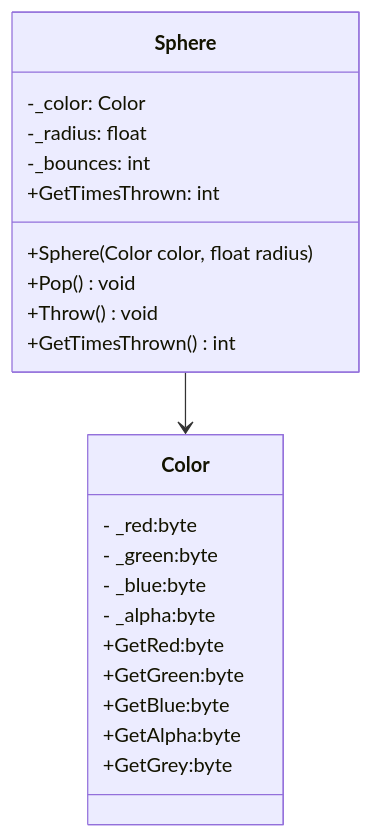
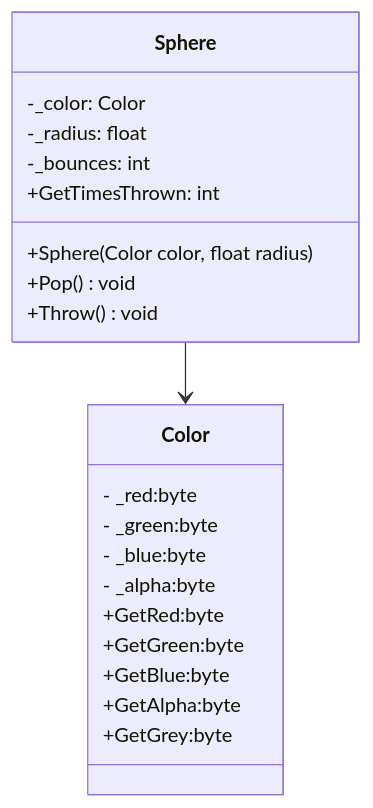
Before and after one commit to PedroSequeirosDev/LP1Semana07: the diagram in BetterColorSpheres/README.md, drawn with Mermaid.

Commit message:
fix Readme syntax

````diff
--- a/BetterColorSpheres/README.md
+++ b/BetterColorSpheres/README.md
@@ -1,32 +1,32 @@
 ```mermaid
 
 classDiagram
     class Sphere {
     -_color: Color 
     -_radius: float 
     -_bounces: int
     +GetTimesThrown: int
     +Sphere(Color color, float radius)
     +Pop() void
     +Throw() void
-    +GetTimesThrown() int
+  
 
     }
 
     class Color {
 
         - _red:byte
         - _green:byte
         - _blue:byte
         - _alpha:byte
 
         +GetRed:byte
         +GetGreen:byte
         +GetBlue:byte
         +GetAlpha:byte
         +GetGrey:byte
     }
 
     Sphere --> Color
 
 ```
````
